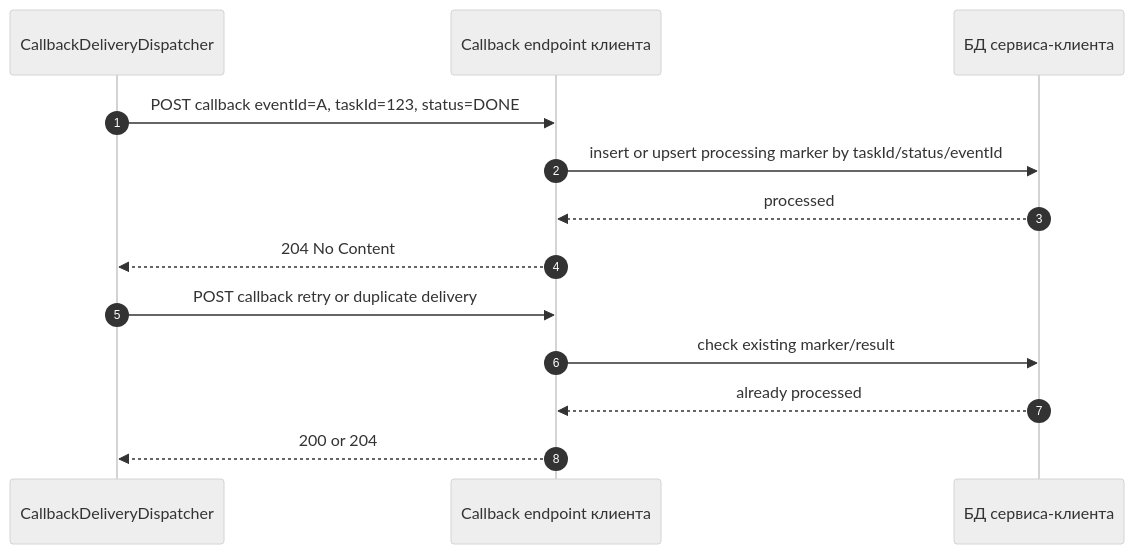
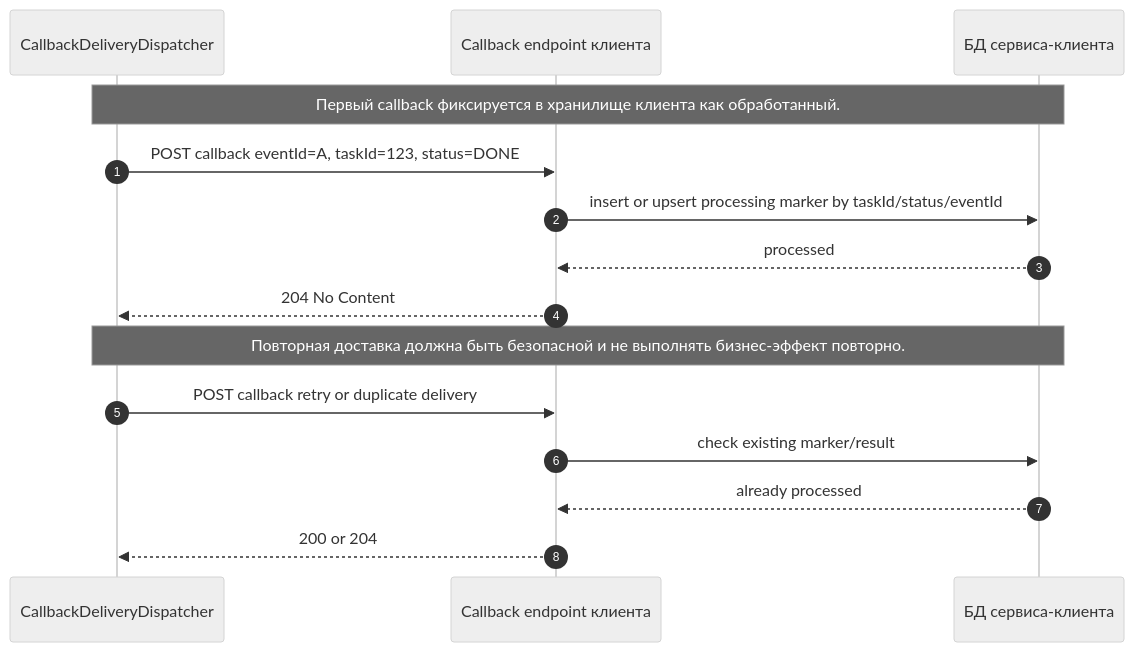
The sixth of 6 diagrams in docs/external-service-gateway/architecture/07-sequence-callback.md (DenisVanin4402/TestQwenCli), drawn with Mermaid (neutral theme) before and after one commit. The commit also changed other lines of this file and 2 other files, not shown here.

Commit message:
диаграммы обновлены детализацией sequence

````diff
--- a/docs/external-service-gateway/architecture/07-sequence-callback.md
+++ b/docs/external-service-gateway/architecture/07-sequence-callback.md
@@ -208,16 +324,18 @@
 ```mermaid
 sequenceDiagram
     autonumber
     participant Dispatcher as CallbackDeliveryDispatcher
     participant Client as Callback endpoint клиента
     participant ClientDB as БД сервиса-клиента
 
+    Note over Dispatcher,ClientDB: Первый callback фиксируется в хранилище клиента как обработанный.
     Dispatcher->>Client: POST callback eventId=A, taskId=123, status=DONE
     Client->>ClientDB: insert or upsert processing marker by taskId/status/eventId
     ClientDB-->>Client: processed
     Client-->>Dispatcher: 204 No Content
+    Note over Dispatcher,ClientDB: Повторная доставка должна быть безопасной и не выполнять бизнес-эффект повторно.
     Dispatcher->>Client: POST callback retry or duplicate delivery
     Client->>ClientDB: check existing marker/result
     ClientDB-->>Client: already processed
     Client-->>Dispatcher: 200 or 204
 ```
````
